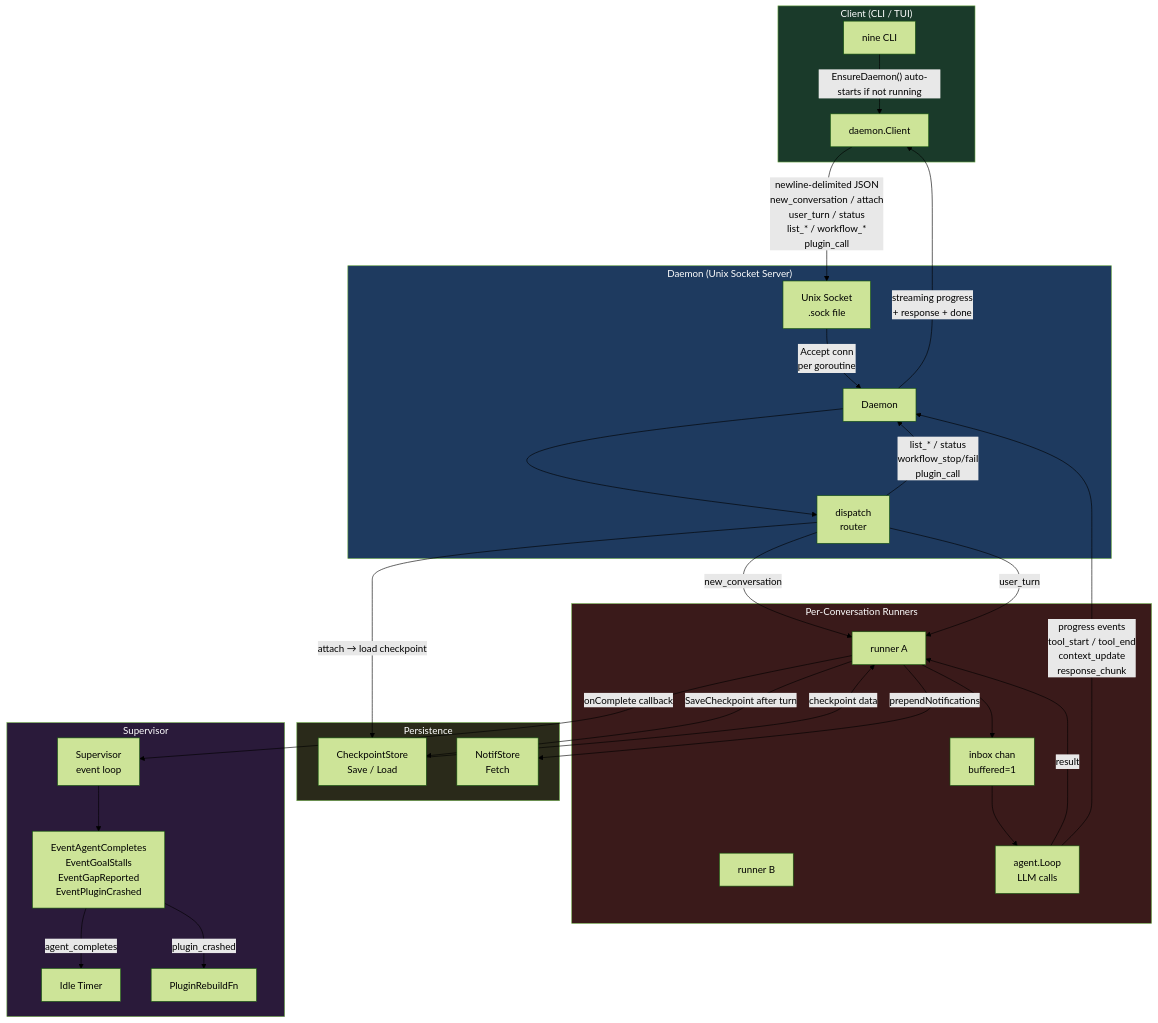
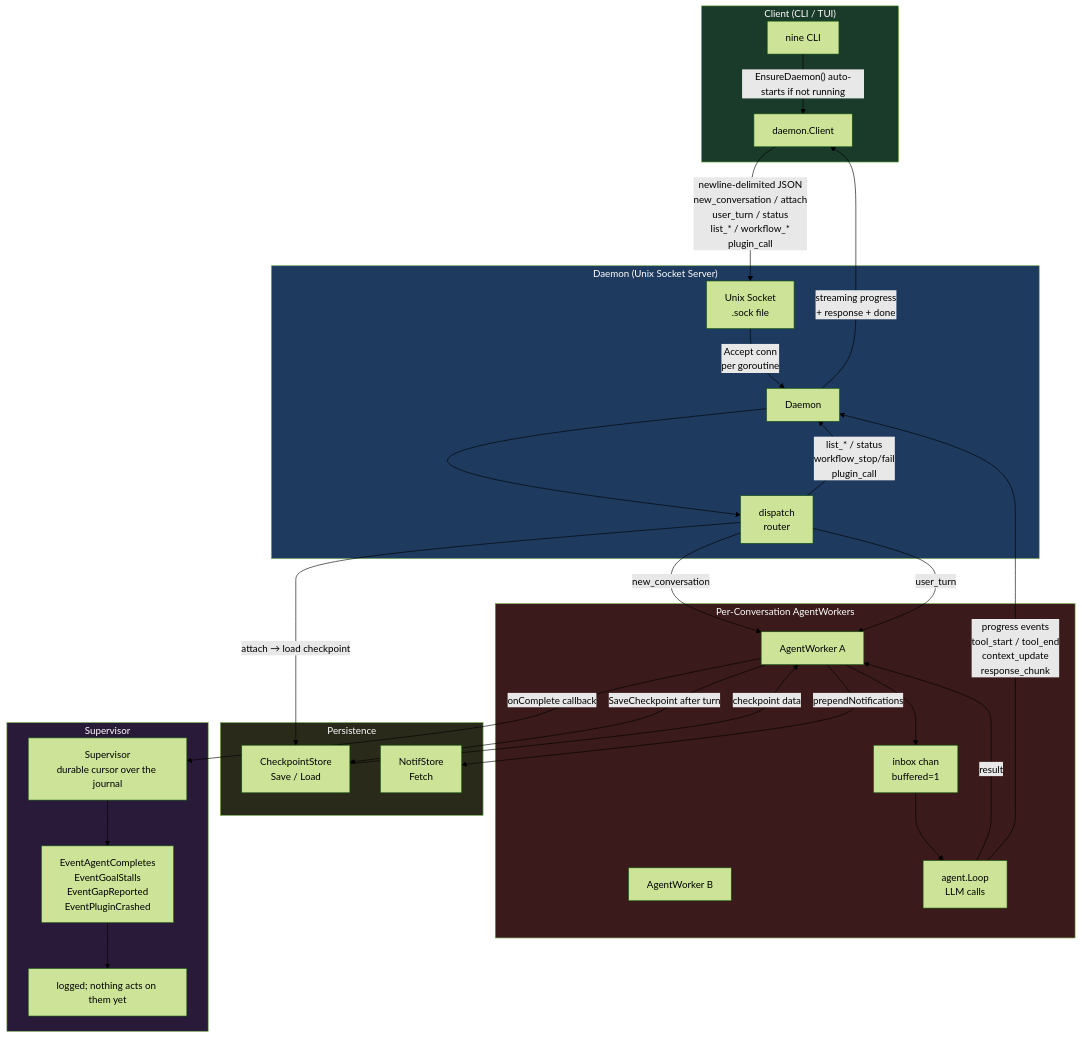
Before and after one commit to djordlucas/nine: the diagram in docs/daemon.md, drawn with Mermaid (forest theme). The commit also changed other lines of this file and 3 other files, not shown here.

````diff
--- a/docs/daemon.md
+++ b/docs/daemon.md
@@ -7,66 +7,64 @@
 ```mermaid
 flowchart TD
     subgraph Client["Client (CLI / TUI)"]
         CLI[nine CLI]
         C[daemon.Client]
         CLI -->|"EnsureDaemon() auto-starts if not running"| C
     end
 
     subgraph Daemon["Daemon (Unix Socket Server)"]
         SOCK[Unix Socket\n.sock file]
         D[Daemon]
         DISPATCH[dispatch\nrouter]
 
         SOCK -->|"Accept conn\nper goroutine"| D
         D --> DISPATCH
     end
 
-    subgraph Runners["Per-Conversation Runners"]
-        R1[runner A]
-        R2[runner B]
+    subgraph Runners["Per-Conversation AgentWorkers"]
+        R1[AgentWorker A]
+        R2[AgentWorker B]
         INBOX[inbox chan\nbuffered=1]
         LOOP[agent.Loop\nLLM calls]
 
         R1 --> INBOX
         INBOX --> LOOP
     end
 
     subgraph Storage["Persistence"]
         CKPT[CheckpointStore\nSave / Load]
         NOTIF[NotifStore\nFetch]
     end
 
     subgraph Supervisor["Supervisor"]
-        SUP[Supervisor\nevent loop]
+        SUP[Supervisor\ndurable cursor over the journal]
         EVENTS["EventAgentCompletes\nEventGoalStalls\nEventGapReported\nEventPluginCrashed"]
-        IDLE[Idle Timer]
-        REBUILD[PluginRebuildFn]
+        LOG[logged; nothing acts on them yet]
 
         SUP --> EVENTS
-        EVENTS -->|"agent_completes"| IDLE
-        EVENTS -->|"plugin_crashed"| REBUILD
+        EVENTS --> LOG
     end
 
     C -->|"newline-delimited JSON\nnew_conversation / attach\nuser_turn / status\nlist_* / workflow_*\nplugin_call"| SOCK
 
     DISPATCH -->|"new_conversation"| R1
     DISPATCH -->|"attach → load checkpoint"| CKPT
     CKPT -->|"checkpoint data"| R1
     DISPATCH -->|"user_turn"| R1
 
     R1 -->|"prependNotifications"| NOTIF
     LOOP -->|"result"| R1
     R1 -->|"SaveCheckpoint after turn"| CKPT
     R1 -->|"onComplete callback"| SUP
 
     LOOP -->|"progress events\ntool_start / tool_end\ncontext_update\nresponse_chunk"| D
     D -->|"streaming progress\n+ response + done"| C
 
     DISPATCH -->|"list_* / status\nworkflow_stop/fail\nplugin_call"| D
 
     style Daemon fill:#1e3a5f,color:#fff
     style Client fill:#1a3a2a,color:#fff
     style Runners fill:#3a1a1a,color:#fff
     style Storage fill:#2a2a1a,color:#fff
     style Supervisor fill:#2a1a3a,color:#fff
 ```
````
